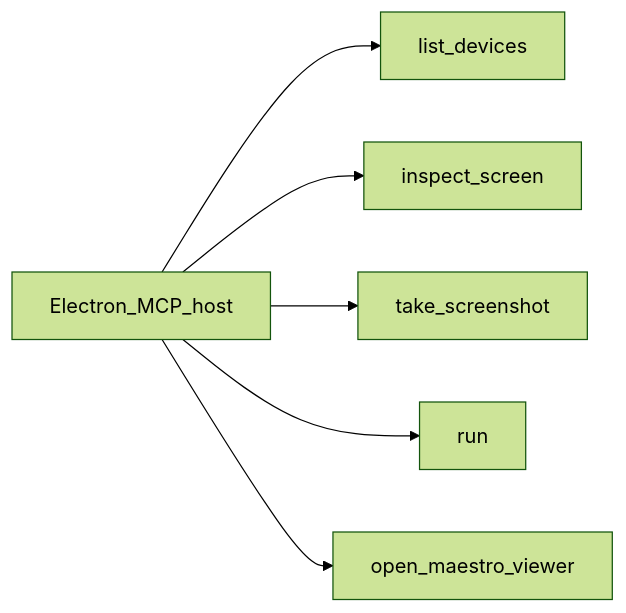
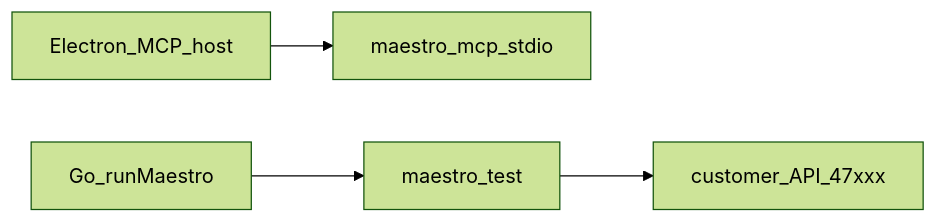
One commit to emrahyasinisik/Cherry changed the second of 2 diagrams in docs/maestro.md. Above: the diagram before and after it, drawn with Mermaid (forest theme). The commit also changed other lines of this file and 42 other files, not shown here.

First line of the commit message:
Add local activate, Maestro run/skip, and bundled sidecars.

````diff
--- a/docs/maestro.md
+++ b/docs/maestro.md
@@ -37,8 +43,6 @@
 ```mermaid
 flowchart LR
-  Host[Electron_MCP_host] --> LD[list_devices]
-  Host --> IS[inspect_screen]
-  Host --> SS[take_screenshot]
-  Host --> Run[run]
-  Host --> View[open_maestro_viewer]
+  Host[Electron_MCP_host] --> MCP[maestro_mcp_stdio]
+  API[Go_runMaestro] --> Test[maestro_test]
+  Test --> Local[customer_API_47xxx]
 ```
````
